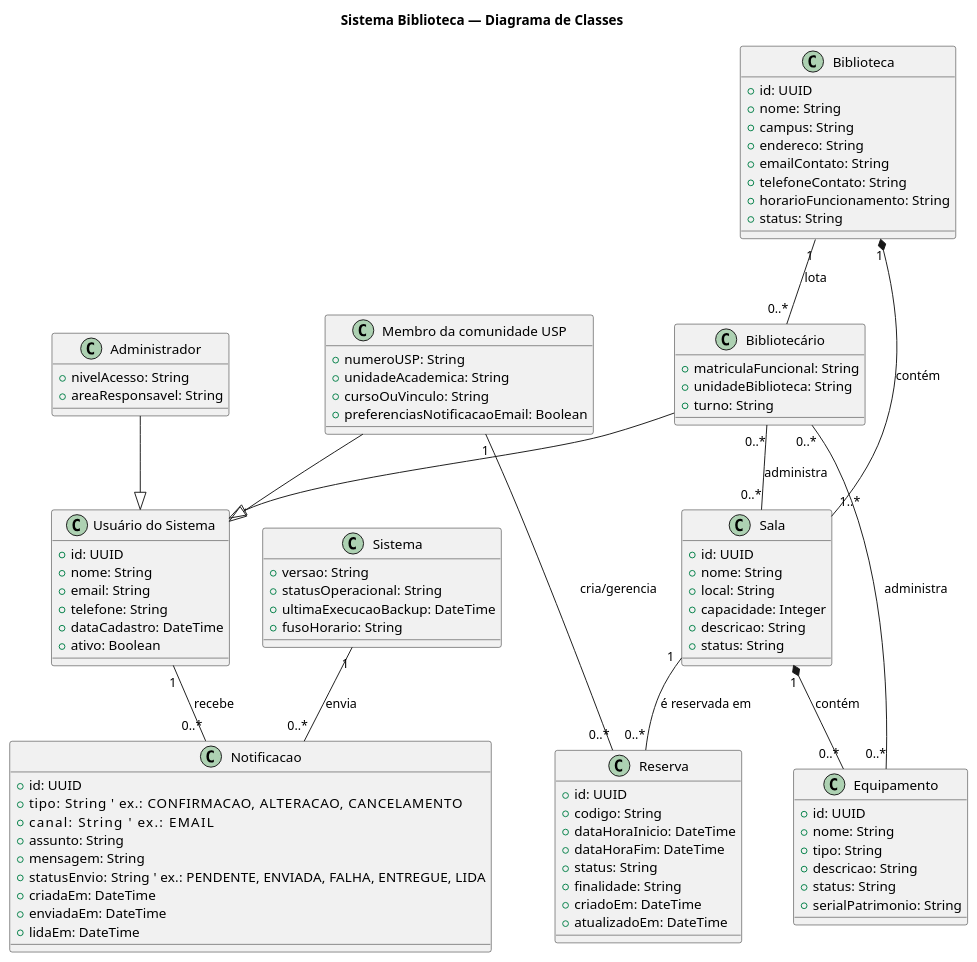
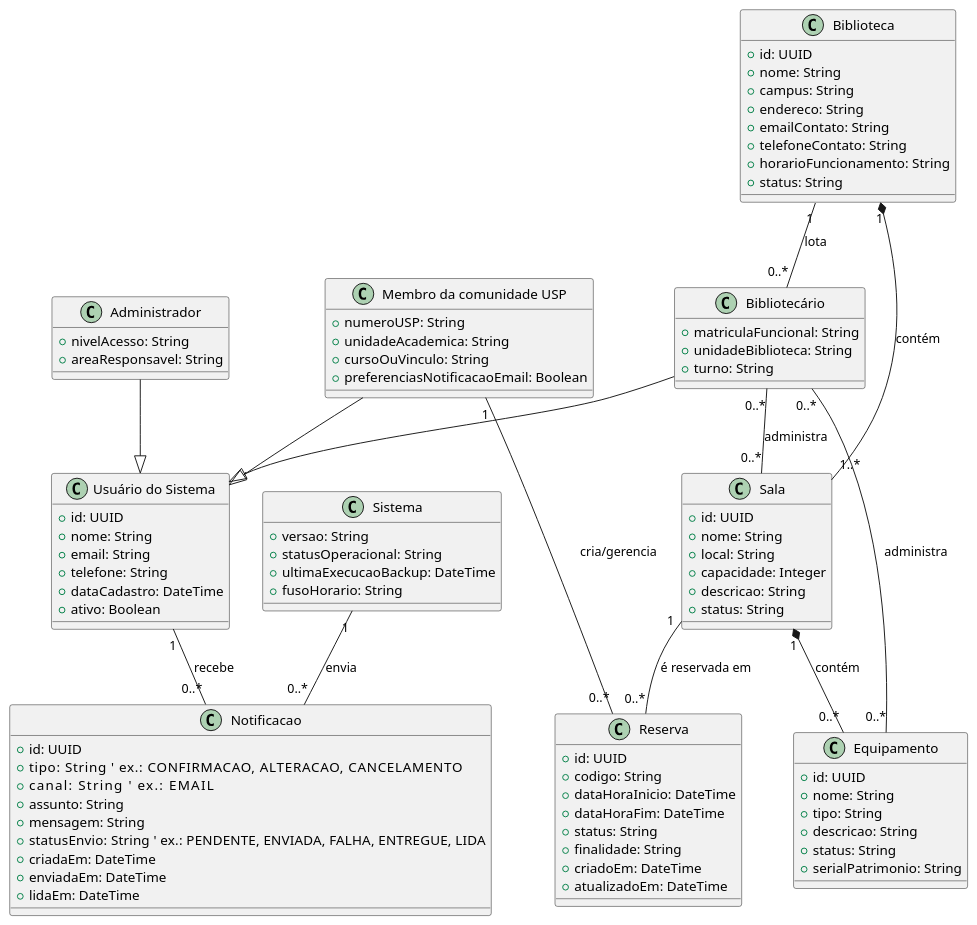
The diagram in DescricaoAtividadesRealizadas/AvaliacaoDiretrizes/Sistema2-Biblioteca/diagramaClasses-biblioteca.puml (carloshenriquehannas/TCC), drawn with PlantUML before and after one commit. The commit also changed 25 other files, not shown here.

```diff
--- a/DescricaoAtividadesRealizadas/AvaliacaoDiretrizes/Sistema2-Biblioteca/diagramaClasses-biblioteca.puml
+++ b/DescricaoAtividadesRealizadas/AvaliacaoDiretrizes/Sistema2-Biblioteca/diagramaClasses-biblioteca.puml
@@ -1,109 +1,108 @@
 @startuml diagramaClasses - biblioteca
-title Sistema Biblioteca — Diagrama de Classes
 
 ' Diagrama de Classes — acrescentada a classe Notificação (envio pelo Sistema aos usuários)
 
 class "Usuário do Sistema" as UsuarioDoSistema {
   +id: UUID
   +nome: String
   +email: String
   +telefone: String
   +dataCadastro: DateTime
   +ativo: Boolean
 }
 
 class "Membro da comunidade USP" as MembroDaComunidadeUSP {
   +numeroUSP: String
   +unidadeAcademica: String
   +cursoOuVinculo: String
   +preferenciasNotificacaoEmail: Boolean
 }
 
 class "Bibliotecário" as Bibliotecario {
   +matriculaFuncional: String
   +unidadeBiblioteca: String
   +turno: String
 }
 
 class "Administrador" as Administrador {
   +nivelAcesso: String
   +areaResponsavel: String
 }
 
 class "Sistema" as Sistema {
   +versao: String
   +statusOperacional: String
   +ultimaExecucaoBackup: DateTime
   +fusoHorario: String
 }
 
 class Biblioteca {
   +id: UUID
   +nome: String
   +campus: String
   +endereco: String
   +emailContato: String
   +telefoneContato: String
   +horarioFuncionamento: String
   +status: String
 }
 
 class Sala {
   +id: UUID
   +nome: String
   +local: String
   +capacidade: Integer
   +descricao: String
   +status: String
 }
 
 class Reserva {
   +id: UUID
   +codigo: String
   +dataHoraInicio: DateTime
   +dataHoraFim: DateTime
   +status: String
   +finalidade: String
   +criadoEm: DateTime
   +atualizadoEm: DateTime
 }
 
 class Equipamento {
   +id: UUID
   +nome: String
   +tipo: String
   +descricao: String
   +status: String
   +serialPatrimonio: String
 }
 
 class Notificacao {
   +id: UUID
   +tipo: String           ' ex.: CONFIRMACAO, ALTERACAO, CANCELAMENTO
   +canal: String          ' ex.: EMAIL
   +assunto: String
   +mensagem: String
   +statusEnvio: String    ' ex.: PENDENTE, ENVIADA, FALHA, ENTREGUE, LIDA
   +criadaEm: DateTime
   +enviadaEm: DateTime
   +lidaEm: DateTime
 }
 
 ' Heranças (atores)
 MembroDaComunidadeUSP --|> UsuarioDoSistema
 Bibliotecario --|> UsuarioDoSistema
 Administrador --|> UsuarioDoSistema
 
 ' Relações de domínio com multiplicidades (existentes)
 Biblioteca "1" *-- "1..*" Sala : contém
 Biblioteca "1" -- "0..*" Bibliotecario : lota
 MembroDaComunidadeUSP "1" -- "0..*" Reserva : cria/gerencia
 Sala "1" -- "0..*" Reserva : é reservada em
 Sala "1" *-- "0..*" Equipamento : contém
 Bibliotecario "0..*" -- "0..*" Sala : administra
 Bibliotecario "0..*" -- "0..*" Equipamento : administra
 
 ' Novas relações de Notificação (Sistema envia para usuários)
 Sistema "1" -- "0..*" Notificacao : envia
 UsuarioDoSistema "1" -- "0..*" Notificacao : recebe
 @enduml
```
